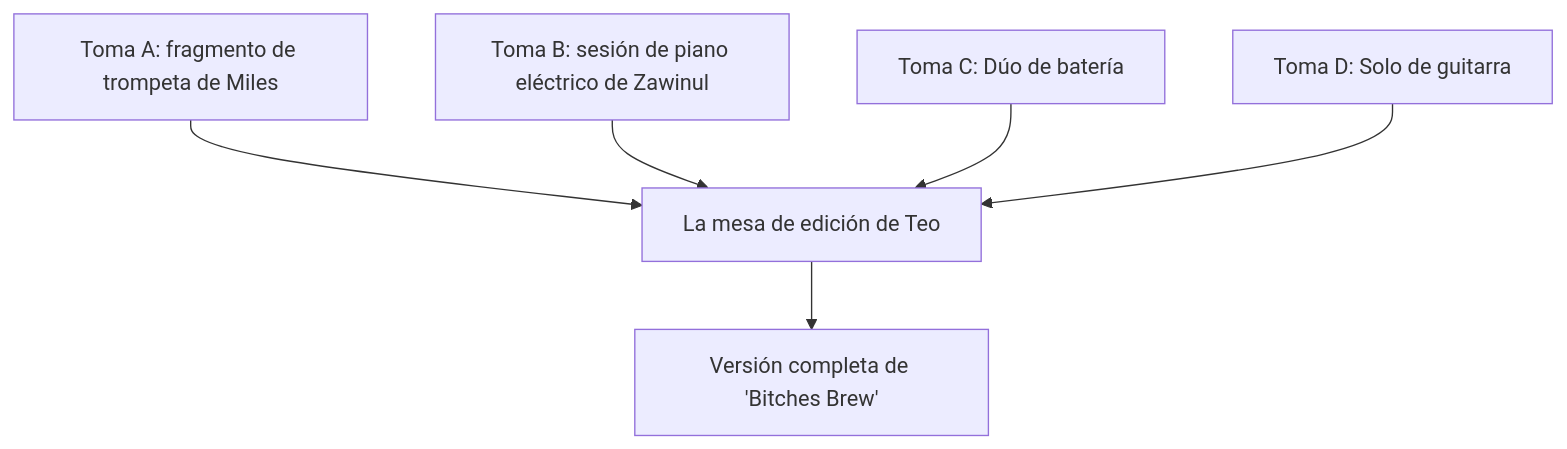
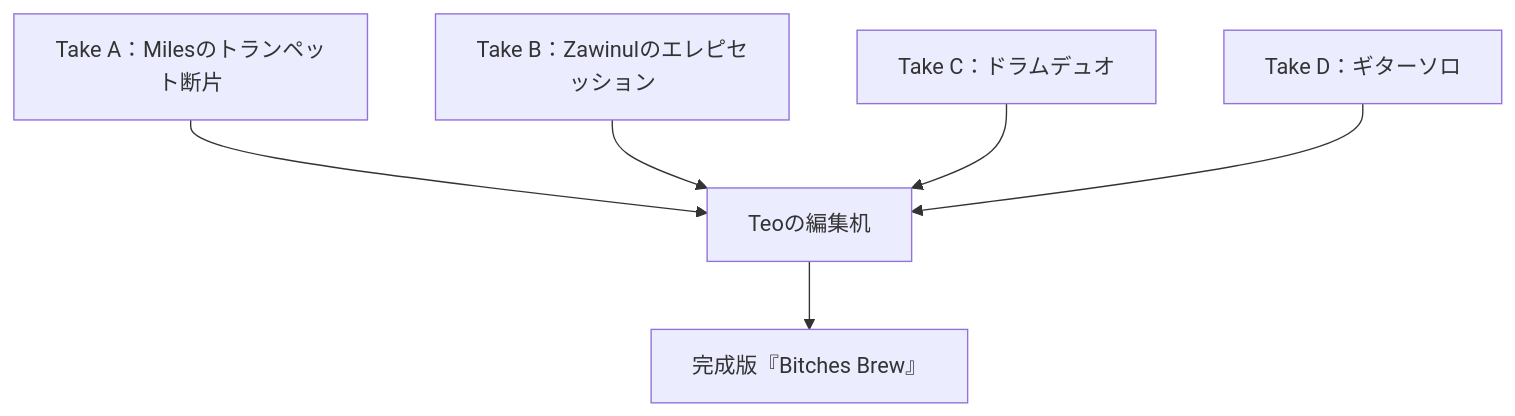
One commit to monumental-movement/monumental-movement.github.io changed the second of 12 diagrams in es/_posts/2025-10-28-column-macero-miles.md. Above: the diagram before and after it, drawn with Mermaid. The commit also changed other lines of this file and 299 other files, not shown here.

```diff
--- a/es/_posts/2025-10-28-column-macero-miles.md
+++ b/es/_posts/2025-10-28-column-macero-miles.md
@@ -99,16 +99,16 @@
 <div class="mermaid">
 
 graph TD
-    T1["Toma A: fragmento de trompeta de Miles"]
-    T2["Toma B: sesión de piano eléctrico de Zawinul"]
-    T3["Toma C: Dúo de batería"]
-    T4["Toma D: Solo de guitarra"]
-    E["La mesa de edición de Teo"]
-    F["Versión completa de 'Bitches Brew'"]
+    T1["Take A：Milesのトランペット断片"]
+    T2["Take B：Zawinulのエレピセッション"]
+    T3["Take C：ドラムデュオ"]
+    T4["Take D：ギターソロ"]
+    E["Teoの編集机"]
+    F["完成版『Bitches Brew』"]
     T1 --> E
     T2 --> E
     T3 --> E
     T4 --> E
     E --> F
 
 </div>
```
